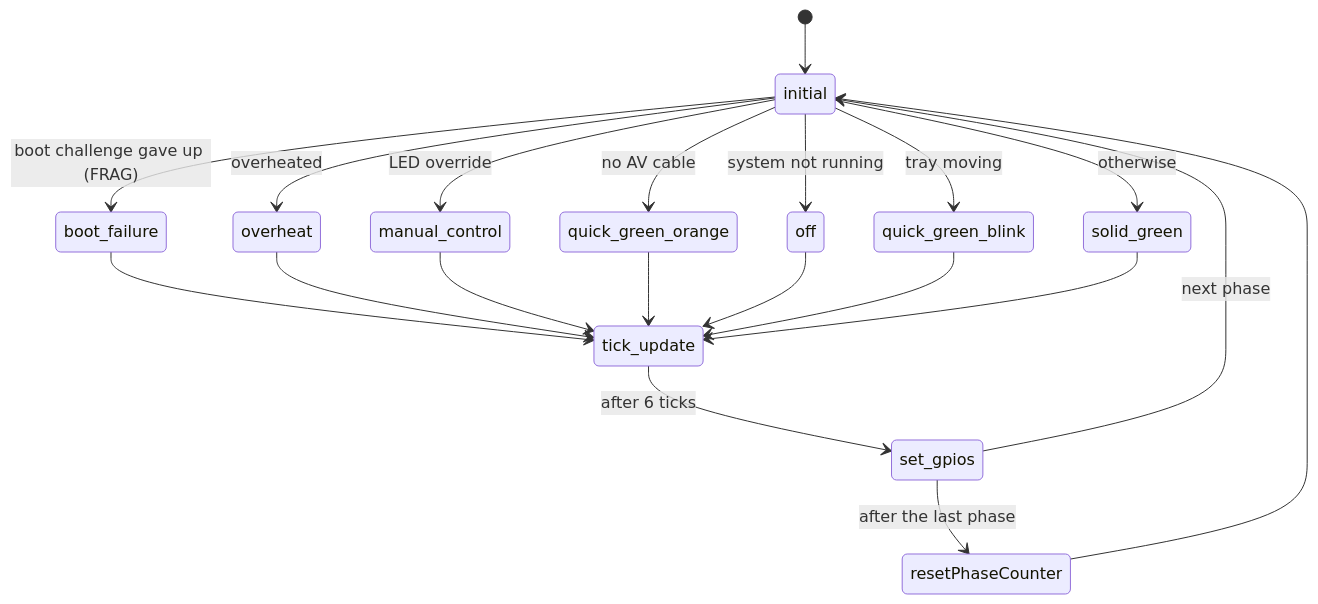
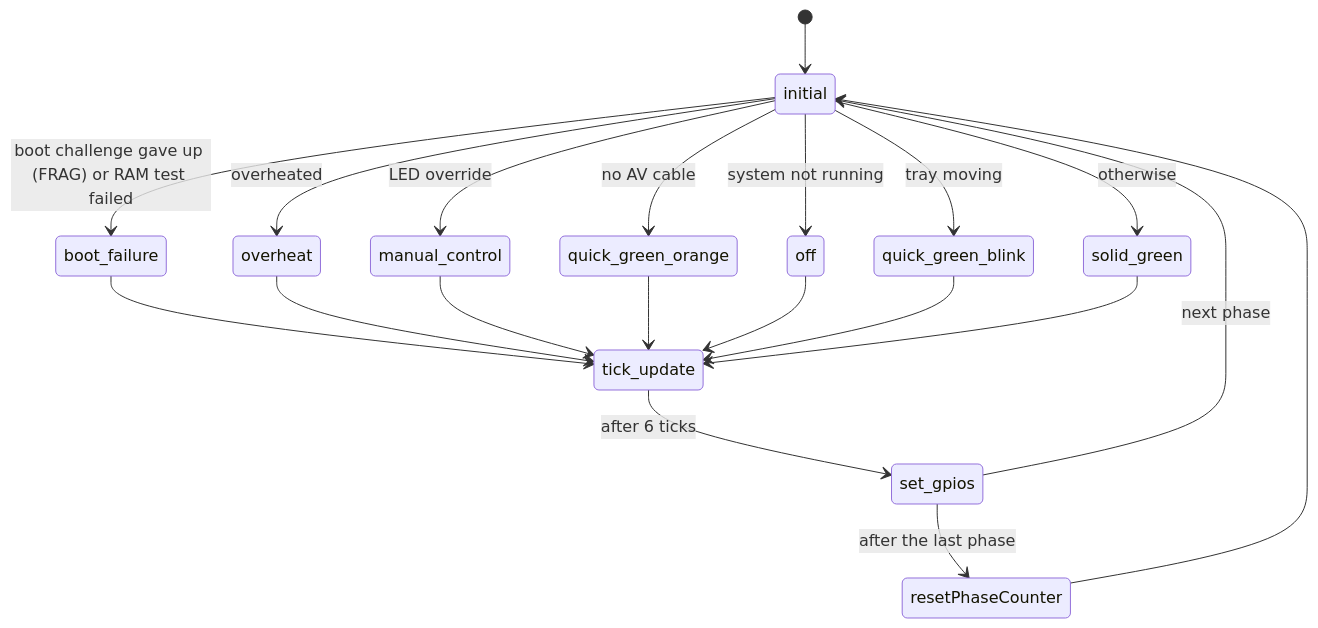
One commit to edlf/xbox_pico_smc changed the diagram in docs/state-machines/leds.md. Above: the diagram before and after it, drawn with Mermaid. The commit also changed other lines of this file and 4 other files, not shown here.

Commit message:
Add different led pattern for failed ram test

````diff
--- a/docs/state-machines/leds.md
+++ b/docs/state-machines/leds.md
@@ -8,24 +8,24 @@
 ```mermaid
 stateDiagram-v2
     [*] --> initial
-    initial --> boot_failure: boot challenge gave up (FRAG)
+    initial --> boot_failure: boot challenge gave up (FRAG) or RAM test failed
     initial --> overheat: overheated
     initial --> quick_green_orange: no AV cable
     initial --> manual_control: LED override
     initial --> off: system not running
     initial --> quick_green_blink: tray moving
     initial --> solid_green: otherwise
 
     boot_failure --> tick_update
     overheat --> tick_update
     manual_control --> tick_update
     quick_green_orange --> tick_update
     off --> tick_update
     quick_green_blink --> tick_update
     solid_green --> tick_update
 
     tick_update --> set_gpios: after 6 ticks
     set_gpios --> initial: next phase
     set_gpios --> resetPhaseCounter: after the last phase
     resetPhaseCounter --> initial
 ```
````
